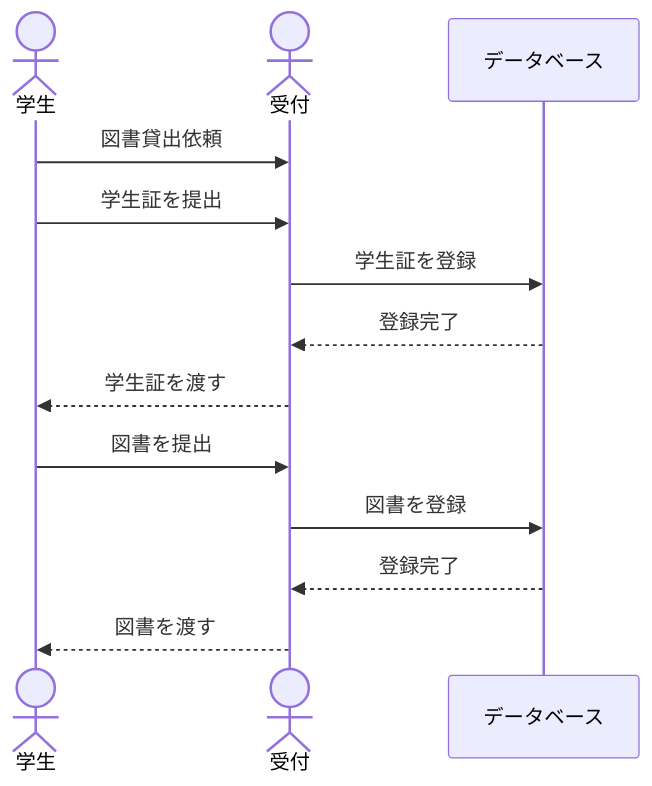
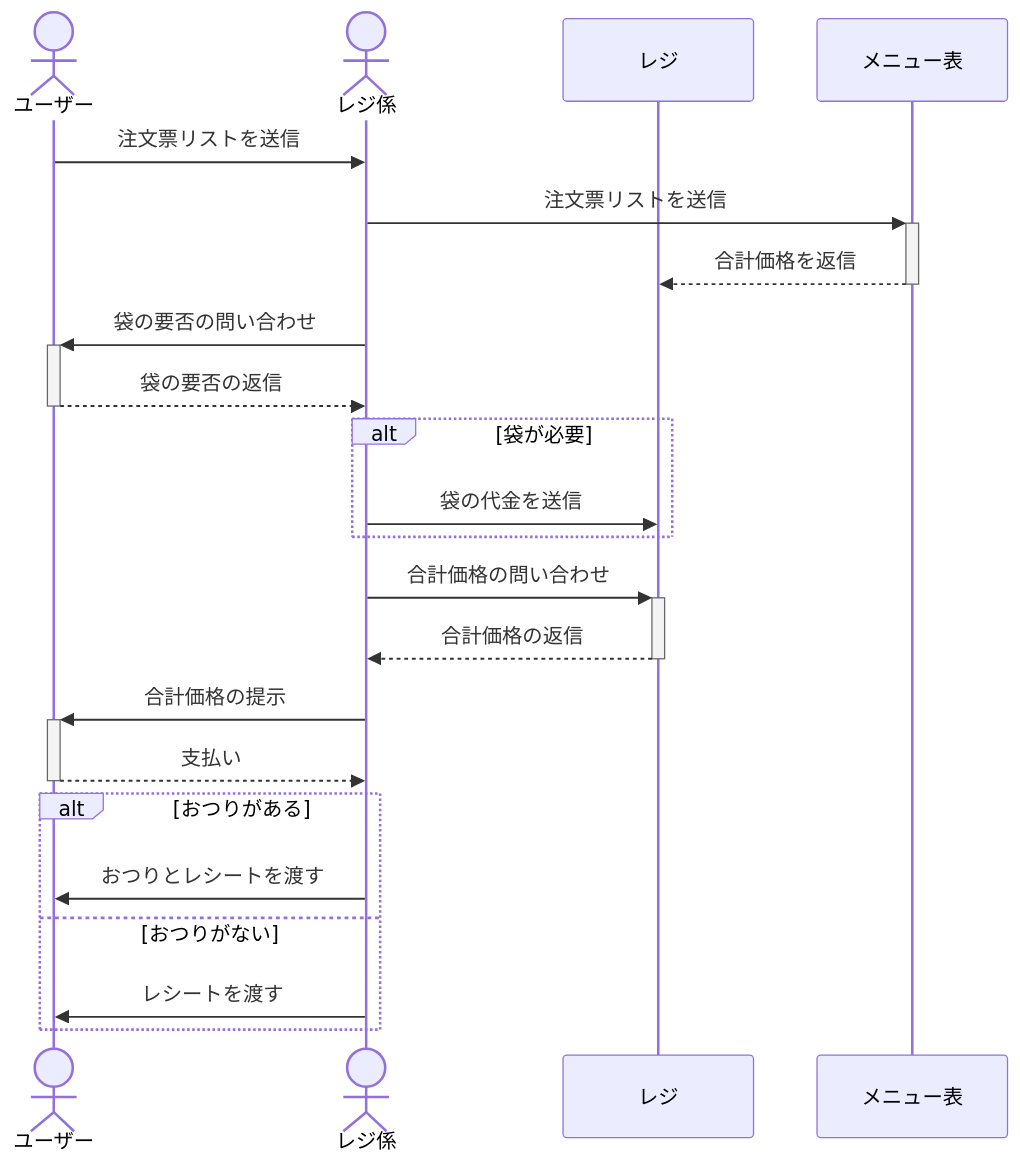
One commit to ShouyaKamoshita/mermaid-test changed the diagram in README.md. Above: the diagram before and after it, drawn with Mermaid.

````diff
--- a/README.md
+++ b/README.md
@@ -1,15 +1,25 @@
 ```mermaid
 sequenceDiagram
-actor s as 学生
-actor r as 受付
-participant db as データベース
-s ->> r : 図書貸出依頼
-s ->> r : 学生証を提出
-r ->> db : 学生証を登録
-db -->> r : 登録完了
-r -->> s : 学生証を渡す
-s ->> r : 図書を提出
-r ->> db : 図書を登録
-db -->> r : 登録完了
-r -->> s : 図書を渡す
+actor y as ユーザー
+actor r as レジ係
+participant l as レジ
+participant m as メニュー表
+y ->> r : 注文票リストを送信
+r ->>+ m : 注文票リストを送信
+m -->>- l : 合計価格を返信
+r ->>+ y : 袋の要否の問い合わせ
+y -->>- r : 袋の要否の返信
+alt 袋が必要
+    r ->> l : 袋の代金を送信
+end
+r ->>+ l : 合計価格の問い合わせ
+l -->>- r : 合計価格の返信
+r ->>+ y : 合計価格の提示
+y -->>- r : 支払い
+alt おつりがある
+    r ->> y : おつりとレシートを渡す
+else おつりがない
+    r ->> y : レシートを渡す
+end
+
 ```
````
